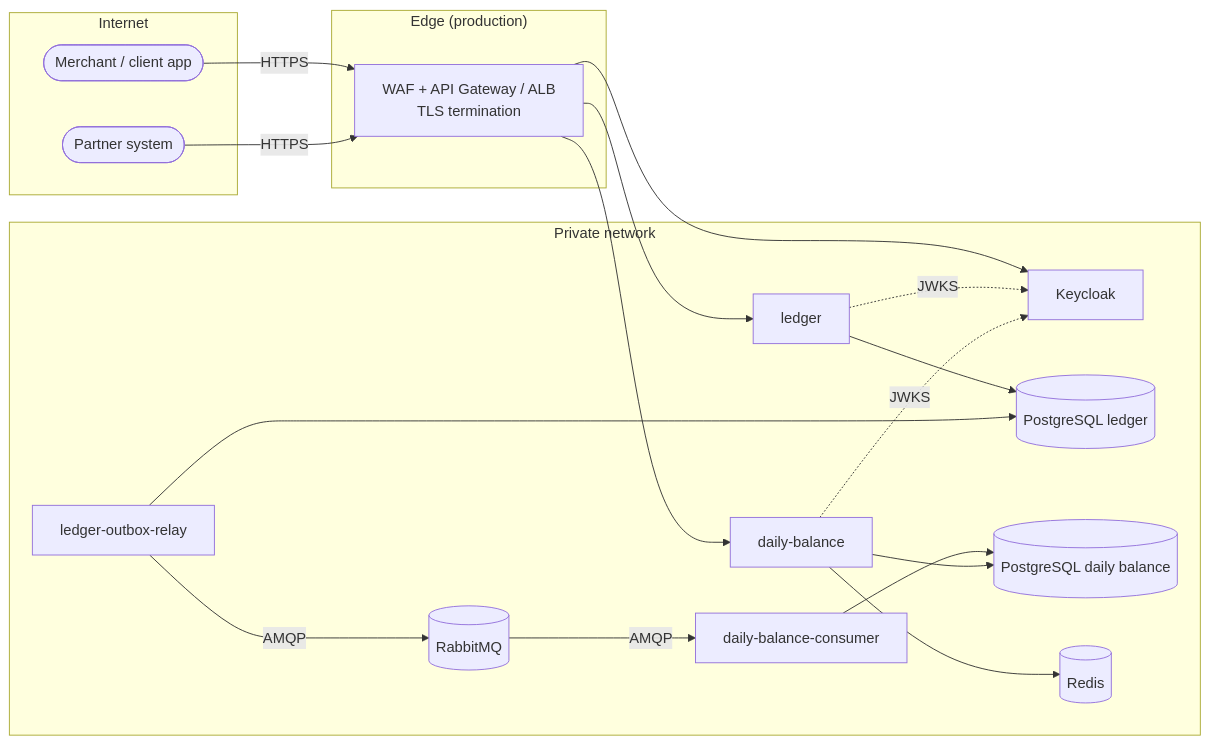
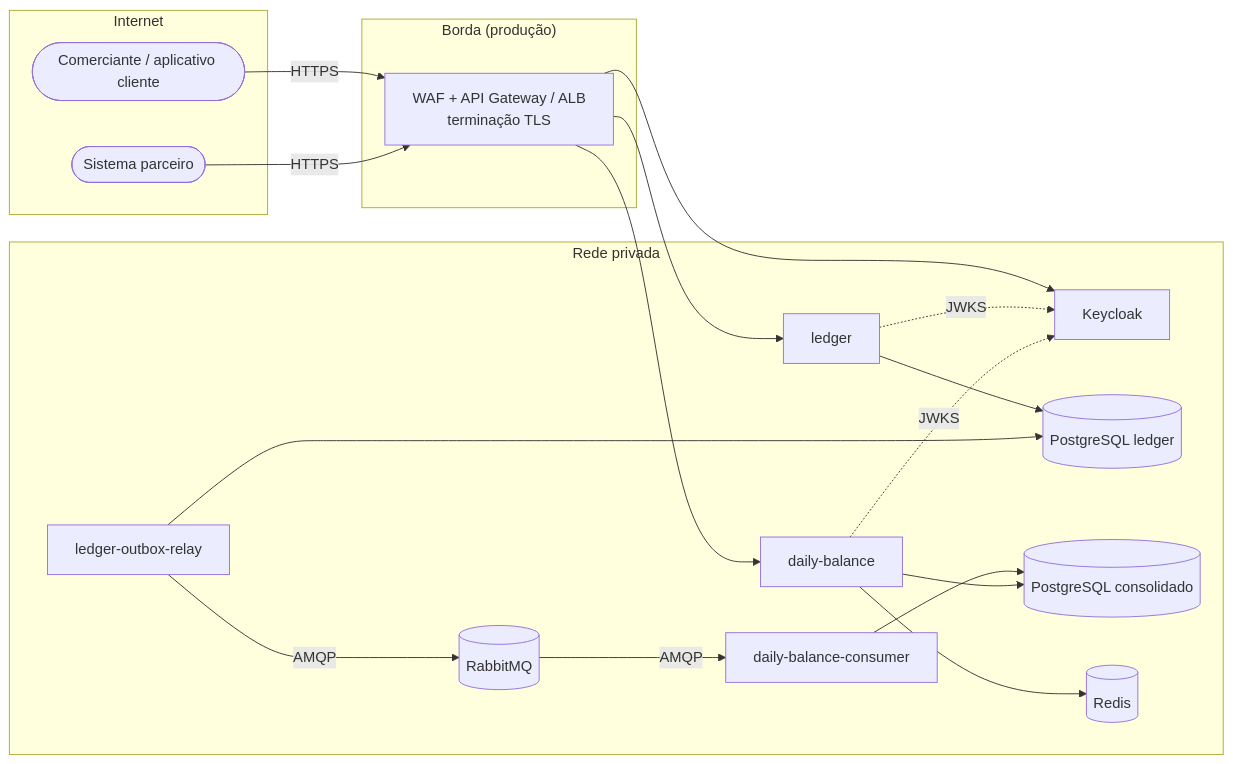
One commit to joaorizzont/cash-flow-test changed the first of 2 diagrams in docs/06-security.md. Above: the diagram before and after it, drawn with Mermaid. The commit also changed other lines of this file and 23 other files, not shown here.

First line of the commit message:
docs: translate architecture documentation to portuguese

````diff
--- a/docs/06-security.md
+++ b/docs/06-security.md
@@ -20,30 +20,30 @@
 ```mermaid
 flowchart LR
   subgraph Internet
-    U([Merchant / client app])
-    P([Partner system])
+    U([Comerciante / aplicativo cliente])
+    P([Sistema parceiro])
   end
-  subgraph Edge["Edge (production)"]
-    W[WAF + API Gateway / ALB<br/>TLS termination]
+  subgraph Edge["Borda (produção)"]
+    W[WAF + API Gateway / ALB<br/>terminação TLS]
   end
-  subgraph Private["Private network"]
+  subgraph Private["Rede privada"]
     K[Keycloak]
     L[ledger]
     R[ledger-outbox-relay]
     D[daily-balance]
     C[daily-balance-consumer]
     MQ[(RabbitMQ)]
     LDB[(PostgreSQL ledger)]
-    DDB[(PostgreSQL daily balance)]
+    DDB[(PostgreSQL consolidado)]
     RD[(Redis)]
   end
   U & P -->|HTTPS| W
   W --> K & L & D
   L --> LDB
   R --> LDB
   R -->|AMQP| MQ
   MQ -->|AMQP| C
   C --> DDB
   D --> DDB & RD
   L & D -. JWKS .-> K
 ```
````
